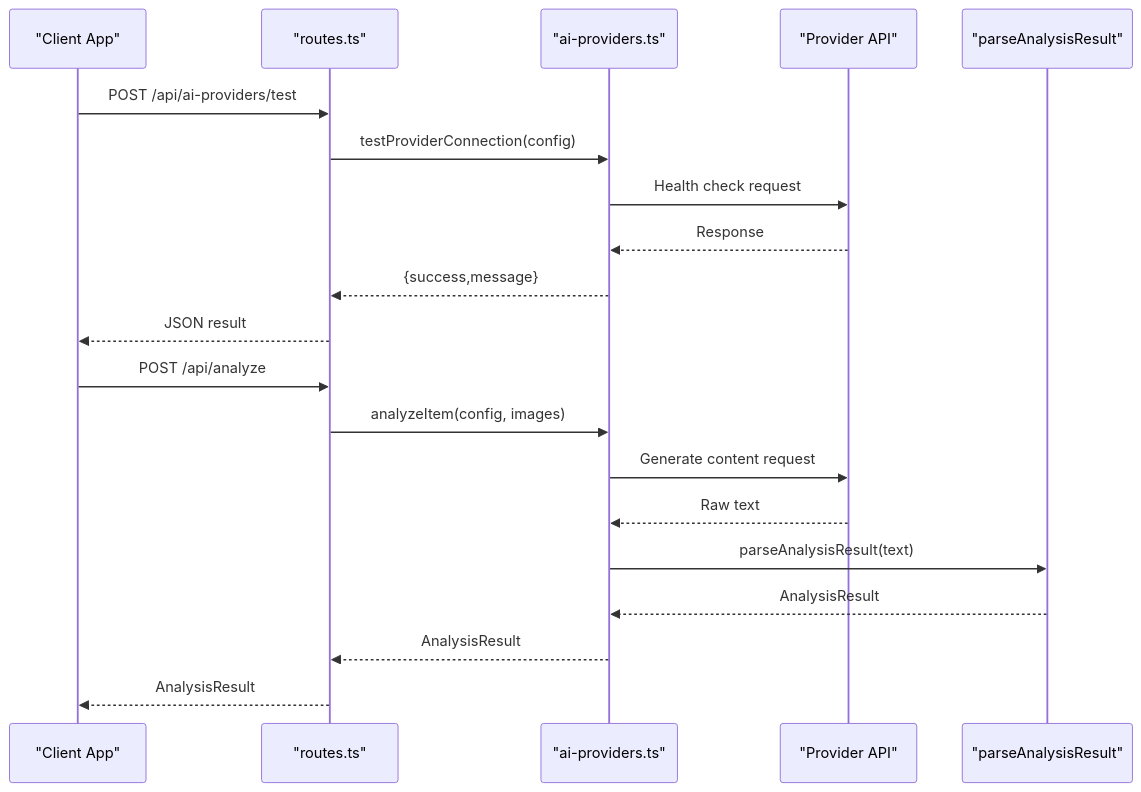
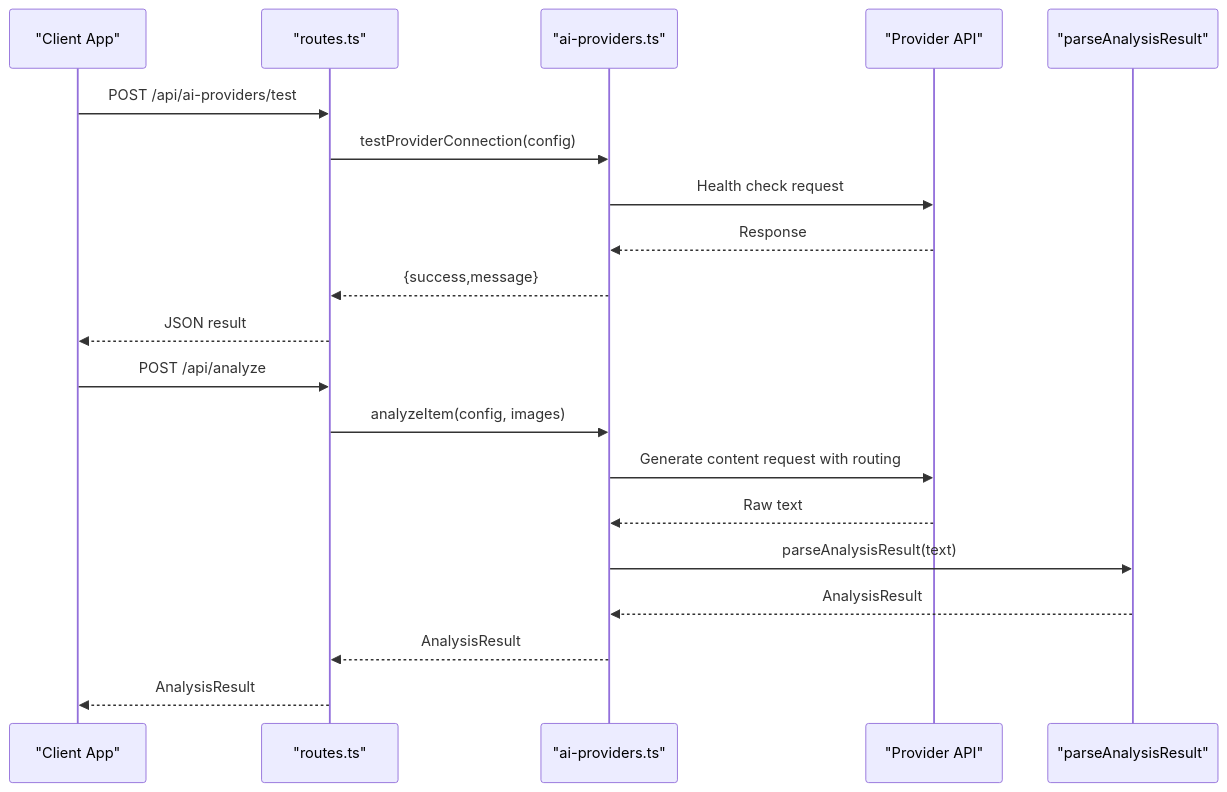
Before and after one commit to hunglevi87/Hidden-Gem: the second of 12 diagrams in .qoder/repowiki/en/content/AI Integration/AI Provider System.md, drawn with Mermaid. The commit also changed other lines of this file and 5 other files, not shown here.

First line of the commit message:
feat(ai-provider): add OpenFang provider with multi-model routing

````diff
--- a/.qoder/repowiki/en/content/AI Integration/AI Provider System.md
+++ b/.qoder/repowiki/en/content/AI Integration/AI Provider System.md
@@ -86,22 +95,22 @@
 ```mermaid
 sequenceDiagram
 participant Client as "Client App"
 participant Routes as "routes.ts"
 participant Factory as "ai-providers.ts"
 participant Provider as "Provider API"
 participant Parser as "parseAnalysisResult"
 Client->>Routes : POST /api/ai-providers/test
 Routes->>Factory : testProviderConnection(config)
 Factory->>Provider : Health check request
 Provider-->>Factory : Response
 Factory-->>Routes : {success,message}
 Routes-->>Client : JSON result
 Client->>Routes : POST /api/analyze
 Routes->>Factory : analyzeItem(config, images)
-Factory->>Provider : Generate content request
+Factory->>Provider : Generate content request with routing
 Provider-->>Factory : Raw text
 Factory->>Parser : parseAnalysisResult(text)
 Parser-->>Factory : AnalysisResult
 Factory-->>Routes : AnalysisResult
 Routes-->>Client : AnalysisResult
 ```
````
